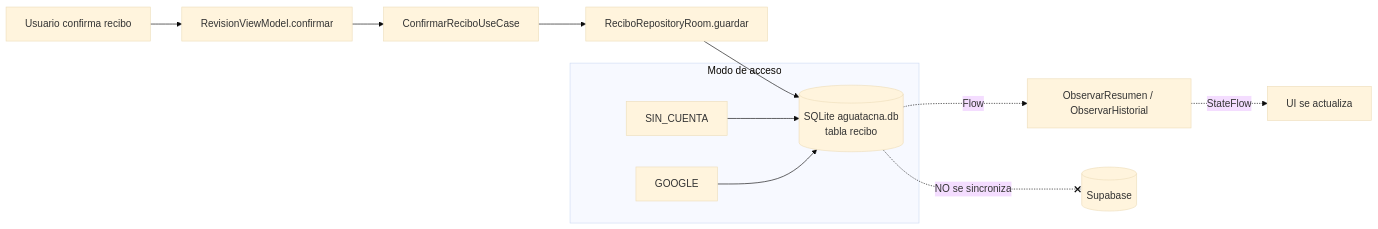
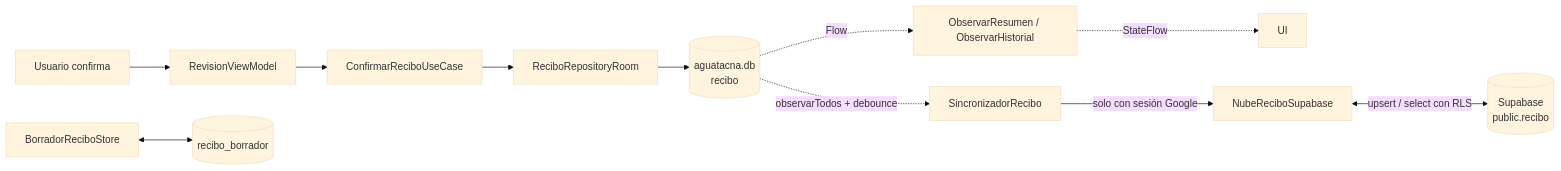
Before and after one commit to IkerASierraR/pruebas_antitodo: the first of 10 diagrams in informacionRecibo.md, drawn with Mermaid (base theme). The commit also changed other lines of this file, not shown here.

````diff
--- a/informacionRecibo.md
+++ b/informacionRecibo.md
@@ -302,14 +288,13 @@
 ```mermaid
 flowchart LR
-    A[Usuario confirma recibo] --> B[RevisionViewModel.confirmar]
+    A[Usuario confirma] --> B[RevisionViewModel]
     B --> C[ConfirmarReciboUseCase]
-    C --> D[ReciboRepositoryRoom.guardar]
-    D --> E[(SQLite aguatacna.db<br/>tabla recibo)]
+    C --> D[ReciboRepositoryRoom]
+    D --> E[(aguatacna.db<br/>recibo)]
     E -. Flow .-> F[ObservarResumen / ObservarHistorial]
-    F -. StateFlow .-> G[UI se actualiza]
-    subgraph Modo de acceso
-      S1[SIN_CUENTA] --> E
-      S2[GOOGLE] --> E
-    end
-    E -. NO se sincroniza .-x N[(Supabase)]
+    F -. StateFlow .-> G[UI]
+    E -. observarTodos + debounce .-> S[SincronizadorRecibo]
+    S -->|solo con sesión Google| N[NubeReciboSupabase]
+    N <-->|upsert / select con RLS| SUP[(Supabase<br/>public.recibo)]
+    BS[BorradorReciboStore] <--> RB[(recibo_borrador)]
 ```
````
